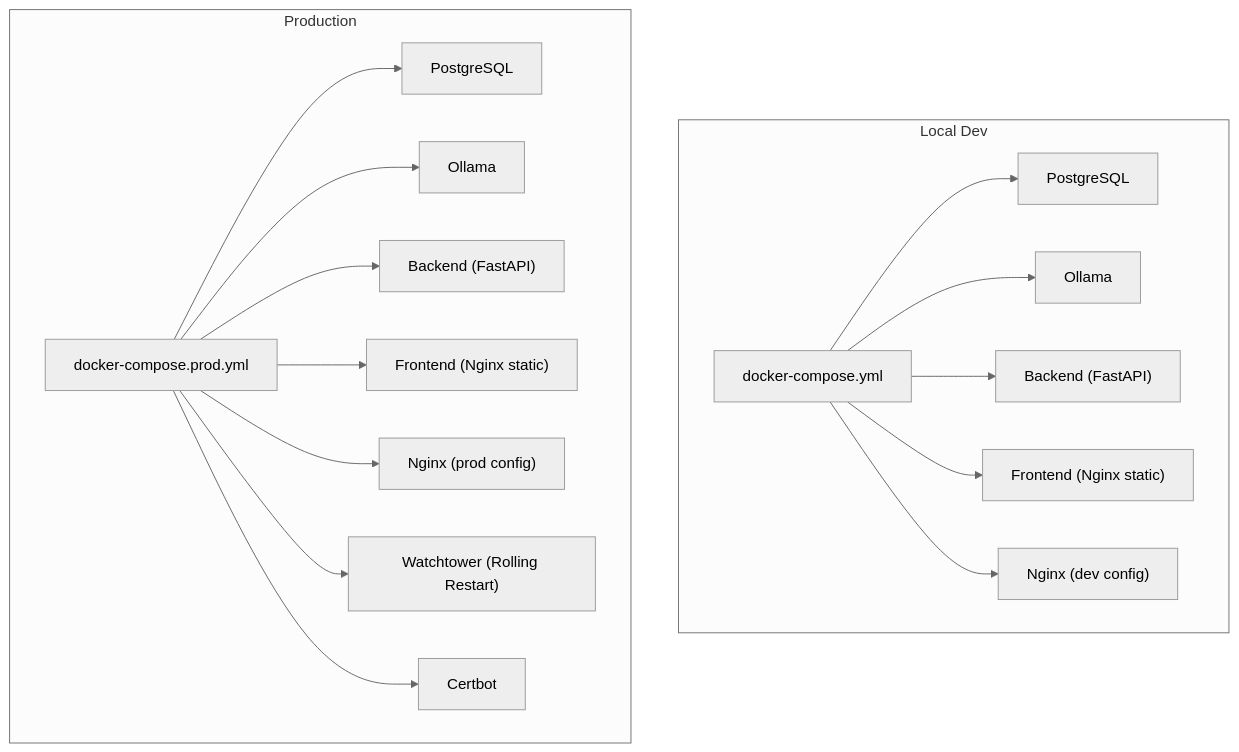
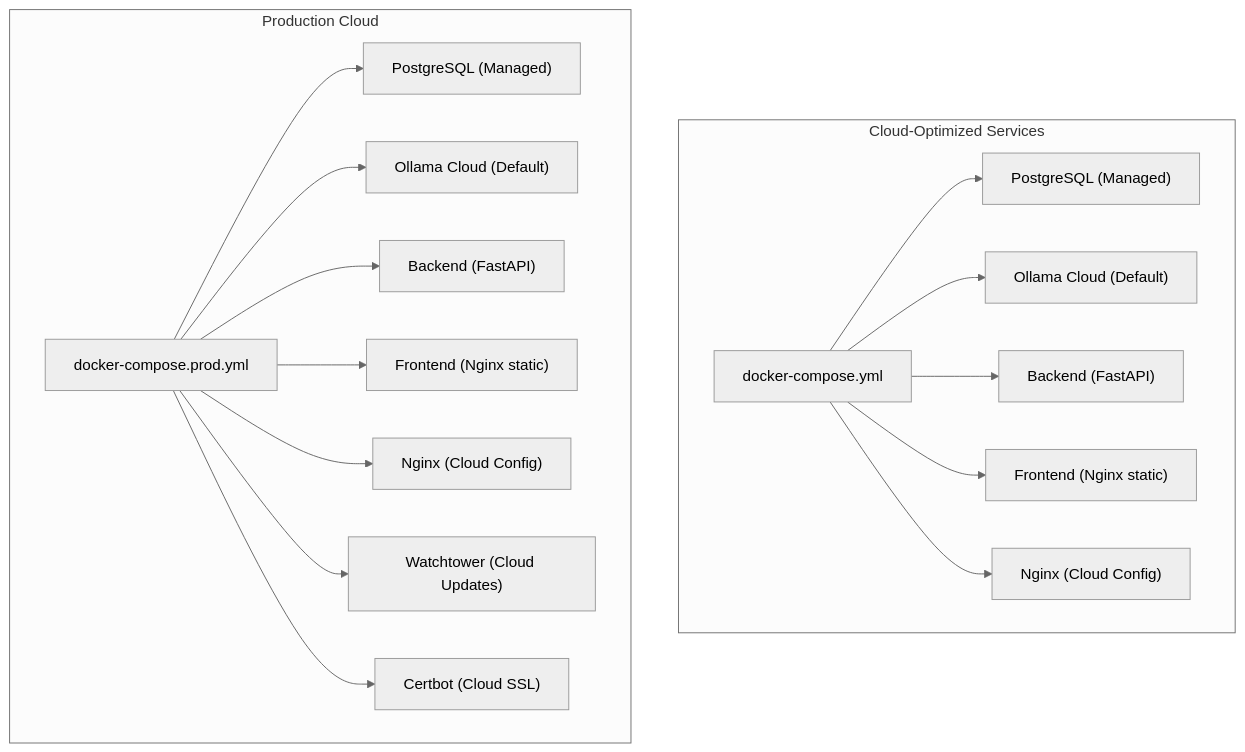
One commit to Revanththetalogics/aireume changed the second of 8 diagrams in .qoder/repowiki/en/content/Deployment & DevOps/Deployment & DevOps.md. Above: the diagram before and after it, drawn with Mermaid (neutral theme). The commit also changed other lines of this file and 11 other files, not shown here.

````diff
--- a/.qoder/repowiki/en/content/Deployment & DevOps/Deployment & DevOps.md
+++ b/.qoder/repowiki/en/content/Deployment & DevOps/Deployment & DevOps.md
@@ -52,21 +93,21 @@
 ```mermaid
 graph TB
-subgraph "Local Dev"
+subgraph "Cloud-Optimized Services"
 DCDev["docker-compose.yml"]
-DCDev --> PostgresDev["PostgreSQL"]
-DCDev --> OllamaDev["Ollama"]
+DCDev --> PostgresDev["PostgreSQL (Managed)"]
+DCDev --> OllamaCloudDev["Ollama Cloud (Default)"]
 DCDev --> BackendDev["Backend (FastAPI)"]
 DCDev --> FrontendDev["Frontend (Nginx static)"]
-DCDev --> NginxDev["Nginx (dev config)"]
+DCDev --> NginxDev["Nginx (Cloud Config)"]
 end
-subgraph "Production"
+subgraph "Production Cloud"
 DCP["docker-compose.prod.yml"]
-DCP --> PostgresProd["PostgreSQL"]
-DCP --> OllamaProd["Ollama"]
+DCP --> PostgresProd["PostgreSQL (Managed)"]
+DCP --> OllamaCloudProd["Ollama Cloud (Default)"]
 DCP --> BackendProd["Backend (FastAPI)"]
 DCP --> FrontendProd["Frontend (Nginx static)"]
-DCP --> NginxProd["Nginx (prod config)"]
-DCP --> Watchtower["Watchtower (Rolling Restart)"]
-DCP --> Certbot["Certbot"]
+DCP --> NginxProd["Nginx (Cloud Config)"]
+DCP --> Watchtower["Watchtower (Cloud Updates)"]
+DCP --> Certbot["Certbot (Cloud SSL)"]
 end
 ```
````
